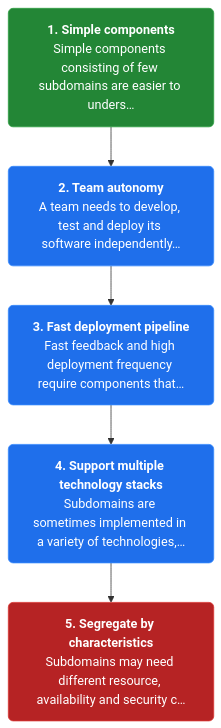
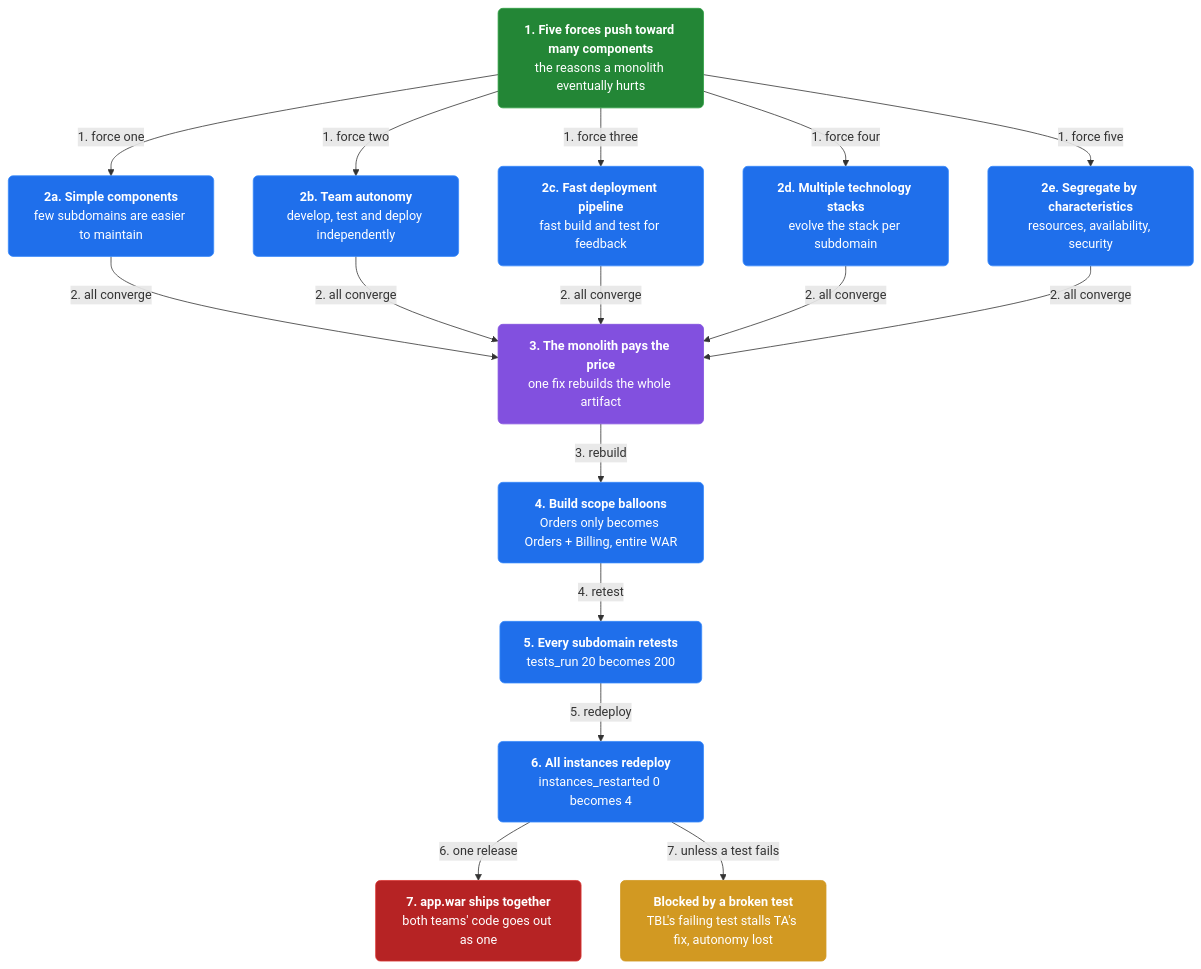
Before and after one commit to vinayakuber/microservices-io-study-guide: the second of 4 diagrams in docs/ch01-monolithic-architecture.md, drawn with Mermaid. The commit also changed other lines of this file and 46 other files, not shown here.

First line of the commit message:
Author rich branching flow diagrams for all 44 chapters

````diff
--- a/docs/ch01-monolithic-architecture.md
+++ b/docs/ch01-monolithic-architecture.md
@@ -56,15 +72,35 @@
 ```mermaid
 flowchart TD
-  classDef step fill:#1f6feb,color:#ffffff,stroke:#388bfd,stroke-width:1px,rx:6
+  classDef step fill:#1f6feb,color:#ffffff,stroke:#388bfd,rx:6
+  classDef core fill:#8250df,color:#ffffff,stroke:#8250df,rx:6
+  classDef warn fill:#d29922,color:#ffffff,stroke:#d29922,rx:6
   classDef start fill:#238636,color:#ffffff,stroke:#2ea043,rx:6
   classDef stop fill:#b62324,color:#ffffff,stroke:#da3633,rx:6
-  s1n0["<b>1. Simple components</b><br/>Simple components consisting of few subdomains are easier to unders…"]:::start
-  s1n1["<b>2. Team autonomy</b><br/>A team needs to develop, test and deploy its software independently…"]:::step
-  s1n2["<b>3. Fast deployment pipeline</b><br/>Fast feedback and high deployment frequency require components that…"]:::step
-  s1n3["<b>4. Support multiple technology stacks</b><br/>Subdomains are sometimes implemented in a variety of technologies,…"]:::step
-  s1n4["<b>5. Segregate by characteristics</b><br/>Subdomains may need different resource, availability and security c…"]:::stop
-  s1n0 --> s1n1
-  s1n1 --> s1n2
-  s1n2 --> s1n3
-  s1n3 --> s1n4
+  n0["<b>1. Five forces push toward many components</b><br/>the reasons a monolith eventually hurts"]:::start
+  n1["<b>2a. Simple components</b><br/>few subdomains are easier to maintain"]:::step
+  n2["<b>2b. Team autonomy</b><br/>develop, test and deploy independently"]:::step
+  n3["<b>2c. Fast deployment pipeline</b><br/>fast build and test for feedback"]:::step
+  n4["<b>2d. Multiple technology stacks</b><br/>evolve the stack per subdomain"]:::step
+  n5["<b>2e. Segregate by characteristics</b><br/>resources, availability, security"]:::step
+  n6["<b>3. The monolith pays the price</b><br/>one fix rebuilds the whole artifact"]:::core
+  n7["<b>4. Build scope balloons</b><br/>Orders only becomes Orders + Billing, entire WAR"]:::step
+  n8["<b>5. Every subdomain retests</b><br/>tests_run 20 becomes 200"]:::step
+  n9["<b>6. All instances redeploy</b><br/>instances_restarted 0 becomes 4"]:::step
+  n10["<b>7. app.war ships together</b><br/>both teams' code goes out as one"]:::stop
+  n11["<b>Blocked by a broken test</b><br/>TBL's failing test stalls TA's fix, autonomy lost"]:::warn
+  n0 -->|"1. force one"| n1
+  n0 -->|"1. force two"| n2
+  n0 -->|"1. force three"| n3
+  n0 -->|"1. force four"| n4
+  n0 -->|"1. force five"| n5
+  n1 -->|"2. all converge"| n6
+  n2 -->|"2. all converge"| n6
+  n3 -->|"2. all converge"| n6
+  n4 -->|"2. all converge"| n6
+  n5 -->|"2. all converge"| n6
+  n6 -->|"3. rebuild"| n7
+  n7 -->|"4. retest"| n8
+  n8 -->|"5. redeploy"| n9
+  n9 -->|"6. one release"| n10
+  n9 -->|"7. unless a test fails"| n11
 ```
````
